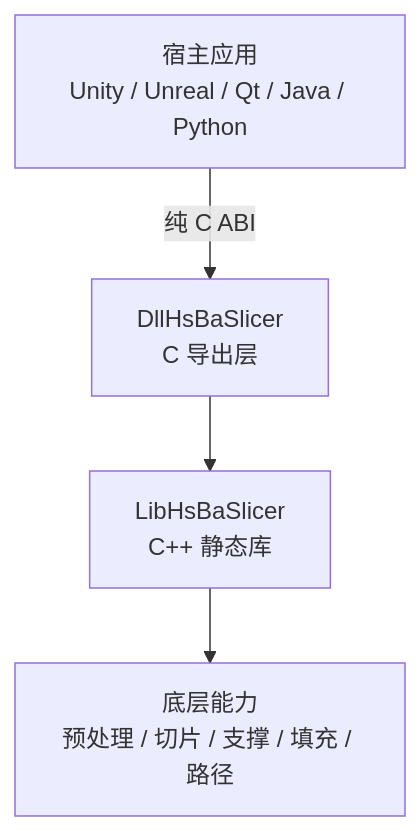
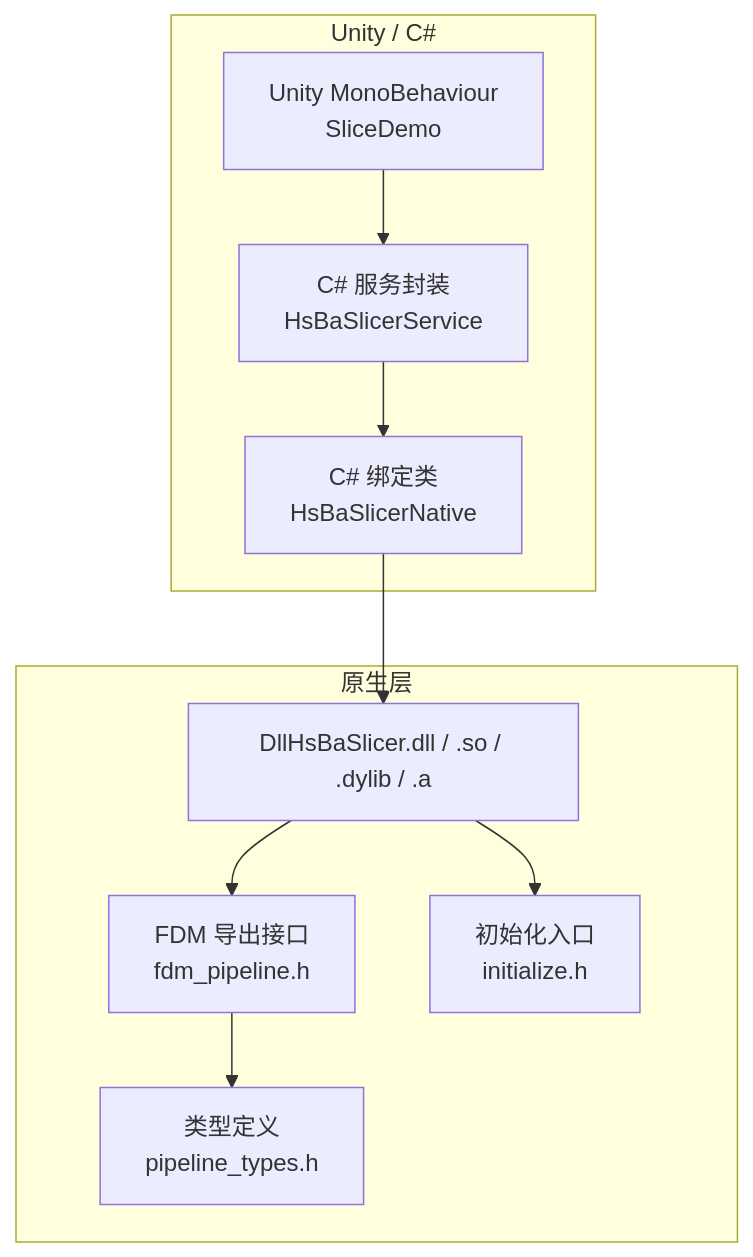
Before and after one commit to hsmbanlance/HsBaSlicer: the first of 4 diagrams in .qoder/repowiki/zh/content/集成指南/游戏引擎集成/Unity 集成.md, drawn with Mermaid. The commit also changed other lines of this file and 1135 other files, not shown here.

````diff
--- a/.qoder/repowiki/zh/content/集成指南/游戏引擎集成/Unity 集成.md
+++ b/.qoder/repowiki/zh/content/集成指南/游戏引擎集成/Unity 集成.md
@@ -39,6 +40,20 @@
 ```mermaid
 graph TB
-Host["宿主应用<br/>Unity / Unreal / Qt / Java / Python"] --> |纯 C ABI| Dll["DllHsBaSlicer<br/>C 导出层"]
-Dll --> Lib["LibHsBaSlicer<br/>C++ 静态库"]
-Lib --> Core["底层能力<br/>预处理 / 切片 / 支撑 / 填充 / 路径"]
+subgraph "Unity / C#"
+CS_Native["C# 绑定类<br/>HsBaSlicerNative"]
+CS_Service["C# 服务封装<br/>HsBaSlicerService"]
+CS_Mono["Unity MonoBehaviour<br/>SliceDemo"]
+end
+subgraph "原生层"
+DLL["DllHsBaSlicer.dll / .so / .dylib / .a"]
+FDM_API["FDM 导出接口<br/>fdm_pipeline.h"]
+TYPES["类型定义<br/>pipeline_types.h"]
+INIT["初始化入口<br/>initialize.h"]
+end
+CS_Mono --> CS_Service
+CS_Service --> CS_Native
+CS_Native --> DLL
+DLL --> FDM_API
+FDM_API --> TYPES
+DLL --> INIT
 ```
````
